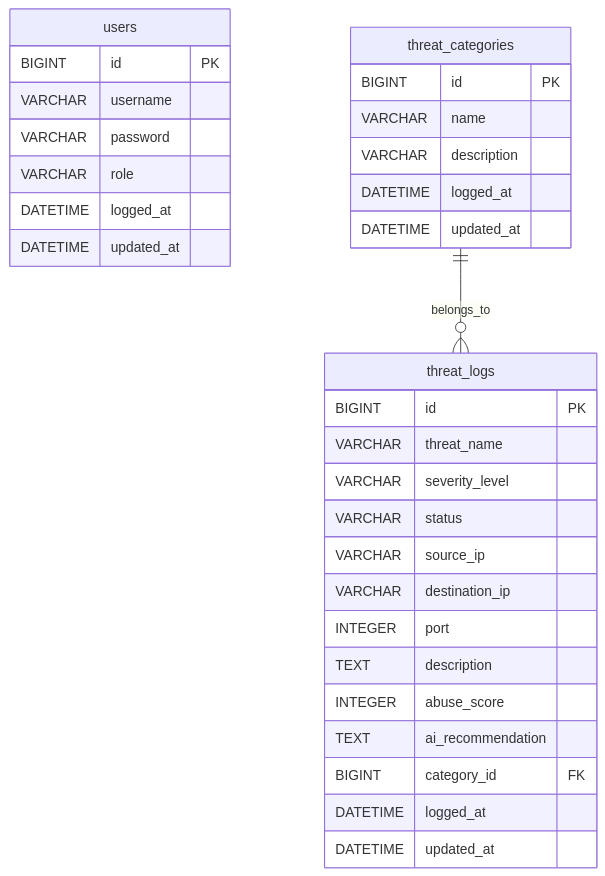
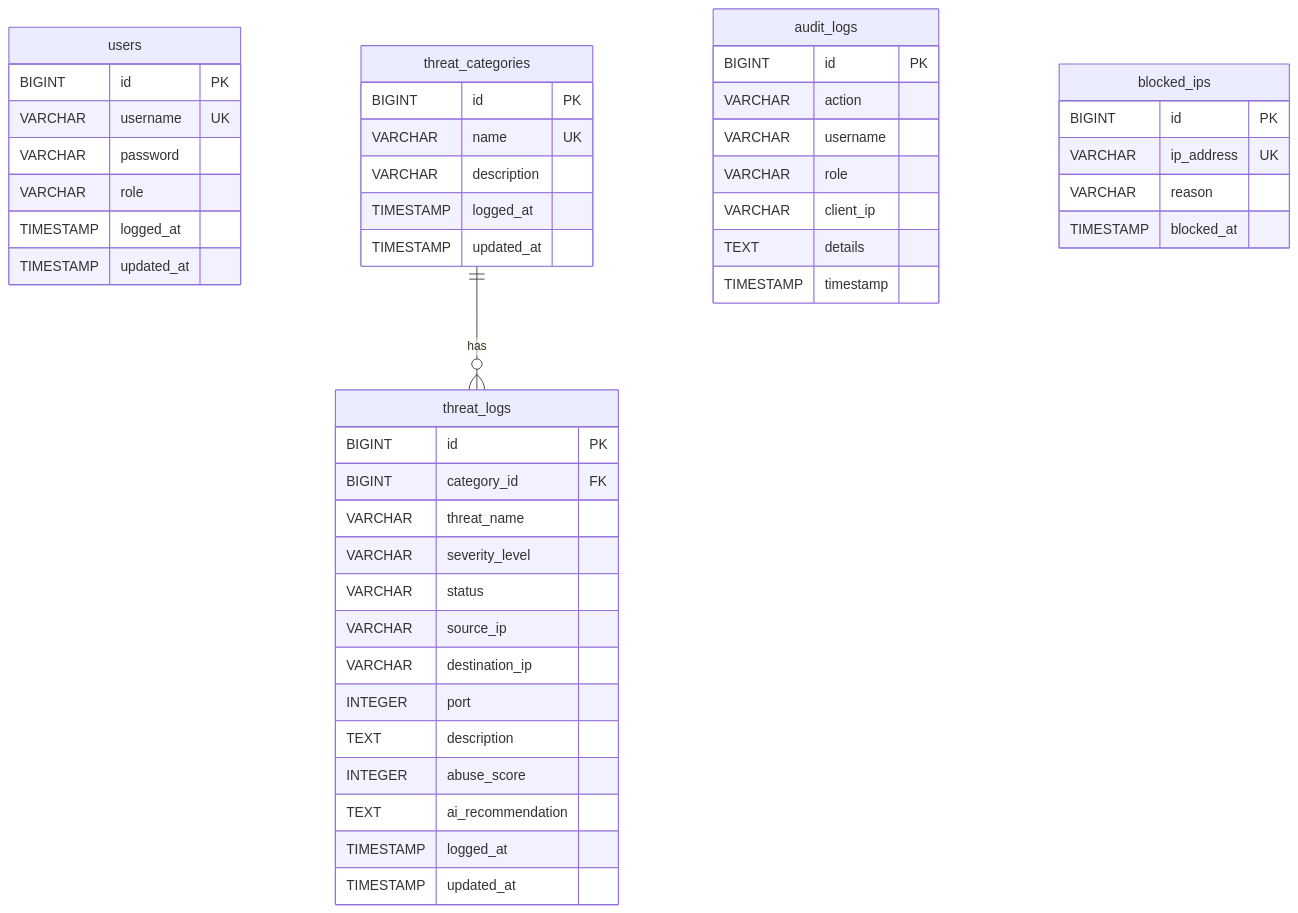
One commit to Hashil3503/security-threat-archive changed the diagram in README.md. Above: the diagram before and after it, drawn with Mermaid. The commit also changed other lines of this file and 54 other files, not shown here.

````diff
--- a/README.md
+++ b/README.md
@@ -74,35 +90,50 @@
 ```mermaid
 erDiagram
     users {
         BIGINT id PK
-        VARCHAR username
+        VARCHAR username UK
         VARCHAR password
         VARCHAR role
-        DATETIME logged_at
-        DATETIME updated_at
+        TIMESTAMP logged_at
+        TIMESTAMP updated_at
     }
     threat_categories {
         BIGINT id PK
-        VARCHAR name
+        VARCHAR name UK
         VARCHAR description
-        DATETIME logged_at
-        DATETIME updated_at
+        TIMESTAMP logged_at
+        TIMESTAMP updated_at
     }
     threat_logs {
         BIGINT id PK
+        BIGINT category_id FK
         VARCHAR threat_name
         VARCHAR severity_level
         VARCHAR status
         VARCHAR source_ip
         VARCHAR destination_ip
         INTEGER port
         TEXT description
         INTEGER abuse_score
         TEXT ai_recommendation
-        BIGINT category_id FK
-        DATETIME logged_at
-        DATETIME updated_at
+        TIMESTAMP logged_at
+        TIMESTAMP updated_at
+    }
+    audit_logs {
+        BIGINT id PK
+        VARCHAR action
+        VARCHAR username
+        VARCHAR role
+        VARCHAR client_ip
+        TEXT details
+        TIMESTAMP timestamp
+    }
+    blocked_ips {
+        BIGINT id PK
+        VARCHAR ip_address UK
+        VARCHAR reason
+        TIMESTAMP blocked_at
     }
 
-    threat_categories ||--o{ threat_logs : "belongs_to"
+    threat_categories ||--o{ threat_logs : "has"
 ```
````
